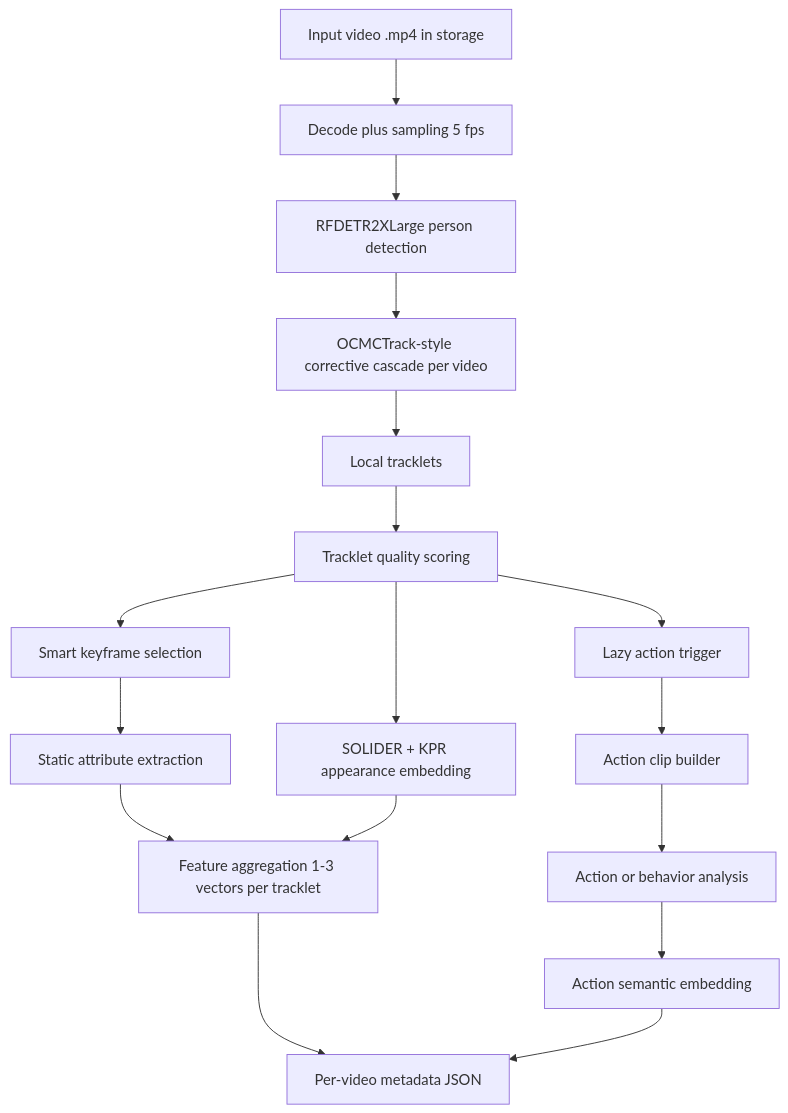
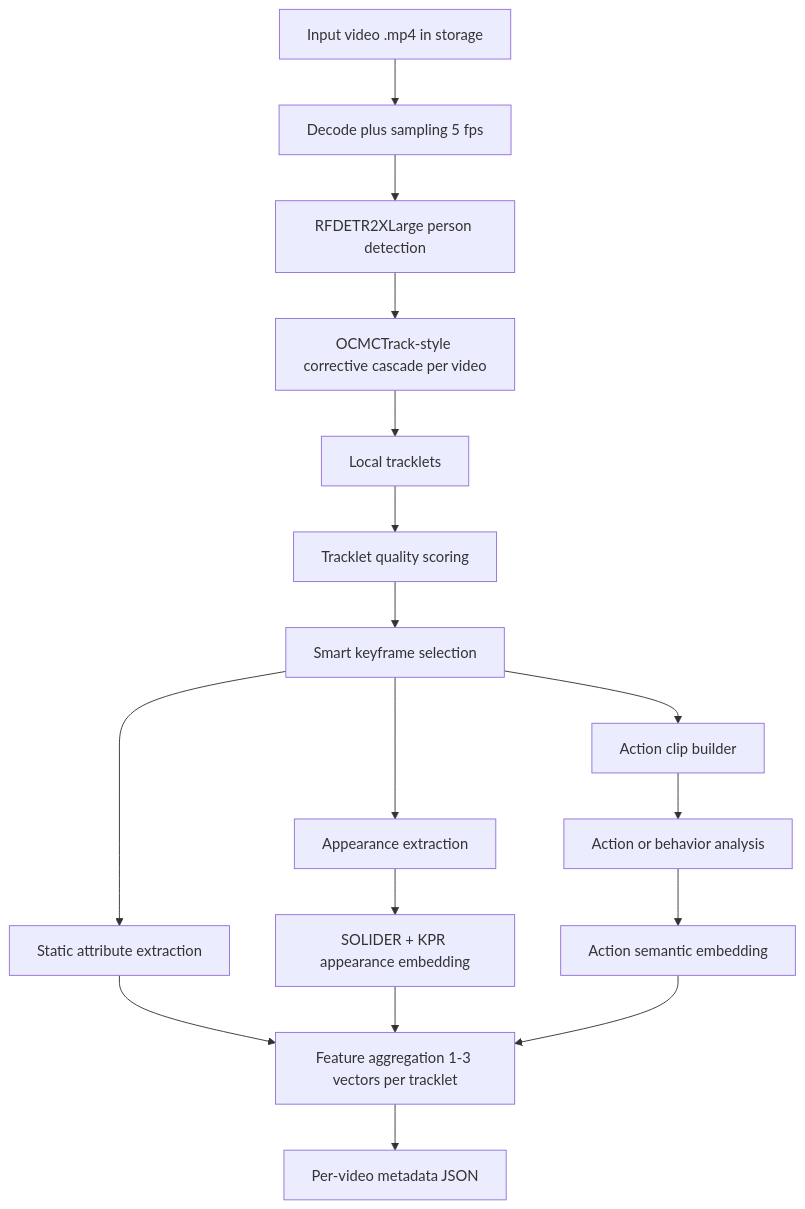
The second of 2 diagrams in README.md (CaoDieuLy/TraceX-AI), drawn with Mermaid before and after one commit. The commit also changed other lines of this file and 47 other files, not shown here.

````diff
--- a/README.md
+++ b/README.md
@@ -100,26 +100,24 @@
 ```mermaid
 flowchart TD
     Video[Input video .mp4 in storage]
     Sample[Decode plus sampling 5 fps]
     Detect[RFDETR2XLarge person detection]
     Track[OCMCTrack-style corrective cascade per video]
     Tracklets[Local tracklets]
     Quality[Tracklet quality scoring]
     Keyframe[Smart keyframe selection]
     StaticAttr[Static attribute extraction]
+    Appearance[Appearance extraction]
     ReID[SOLIDER + KPR appearance embedding]
-    Aggregate[Feature aggregation 1-3 vectors per tracklet]
-    ActionTrigger[Lazy action trigger]
     ActionClip[Action clip builder]
     ActionAnalysis[Action or behavior analysis]
     ActionEmbedding[Action semantic embedding]
+    Aggregate[Feature aggregation 1-3 vectors per tracklet]
     Meta[Per-video metadata JSON]
 
     Video --> Sample --> Detect --> Track --> Tracklets --> Quality
     Quality --> Keyframe --> StaticAttr --> Aggregate
-    Quality --> ReID --> Aggregate
-    Quality --> ActionTrigger
-    ActionTrigger --> ActionClip --> ActionAnalysis --> ActionEmbedding
+    Keyframe --> Appearance --> ReID --> Aggregate
+    Keyframe --> ActionClip --> ActionAnalysis --> ActionEmbedding --> Aggregate
     Aggregate --> Meta
-    ActionEmbedding --> Meta
 ```
````
